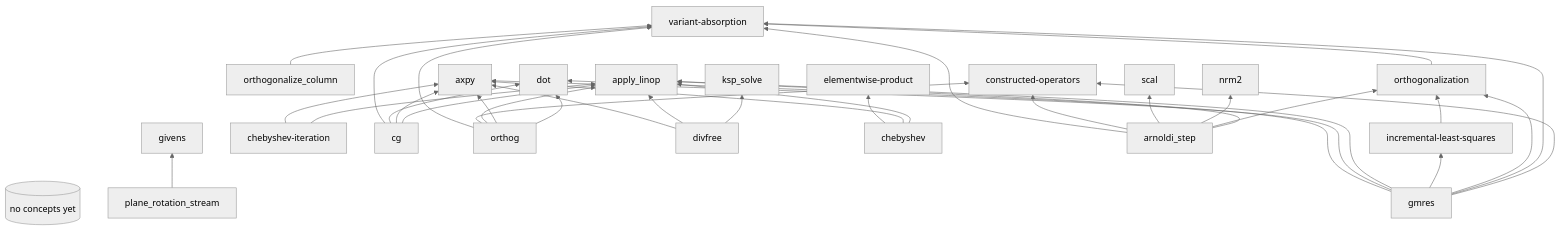
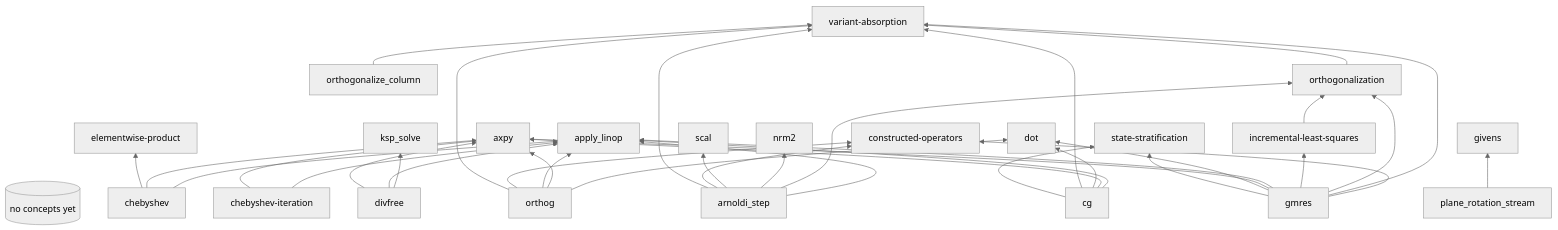
Before and after one commit to crutcher/palace_whiteroom: the third of 6 diagrams in book/src/concepts/dependency-map.md, drawn with Mermaid (neutral theme). The commit also changed 6 other files, not shown here.

````diff
--- a/book/src/concepts/dependency-map.md
+++ b/book/src/concepts/dependency-map.md
@@ -112,39 +112,41 @@
 ```mermaid
 graph BT
   %% Empty — populate as concepts are extracted.
   placeholder[(no concepts yet)]
   orthogonalize_column --> variant-absorption
   gmres --> constructed-operators
   gmres --> variant-absorption
   gmres --> orthogonalization
   gmres --> incremental-least-squares
   incremental-least-squares --> orthogonalization
   gmres --> apply_linop
   orthogonalization --> variant-absorption
   chebyshev-iteration --> apply_linop
   chebyshev-iteration --> axpy
   cg --> apply_linop
   cg --> axpy
   cg --> dot
   cg --> variant-absorption
   gmres --> axpy
   gmres --> dot
   orthog --> dot
   orthog --> axpy
   orthog --> apply_linop
   orthog --> constructed-operators
   orthog --> variant-absorption
   divfree --> ksp_solve
   divfree --> apply_linop
   divfree --> axpy
   chebyshev --> apply_linop
   chebyshev --> axpy
   chebyshev --> elementwise-product
   arnoldi_step --> apply_linop
   arnoldi_step --> orthogonalization
   arnoldi_step --> nrm2
   arnoldi_step --> scal
   arnoldi_step --> constructed-operators
   arnoldi_step --> variant-absorption
   plane_rotation_stream --> givens
+  cg --> state-stratification
+  gmres --> state-stratification
 ```
````
